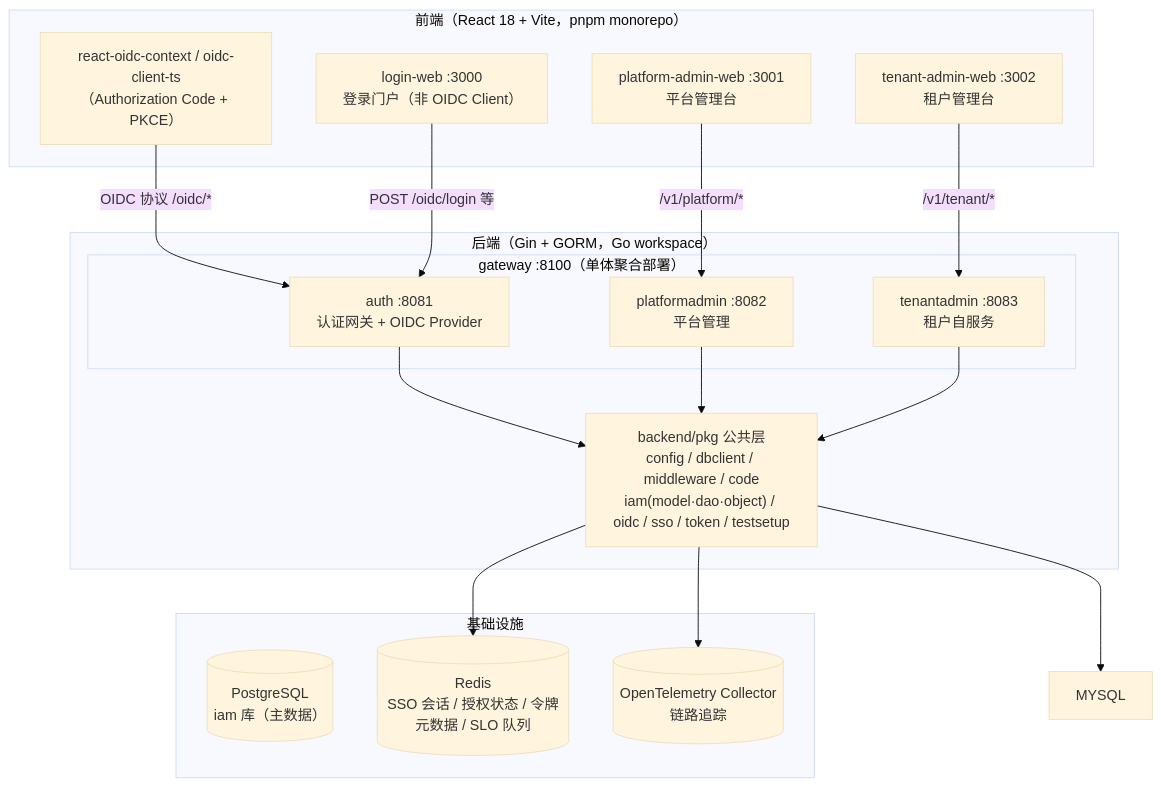
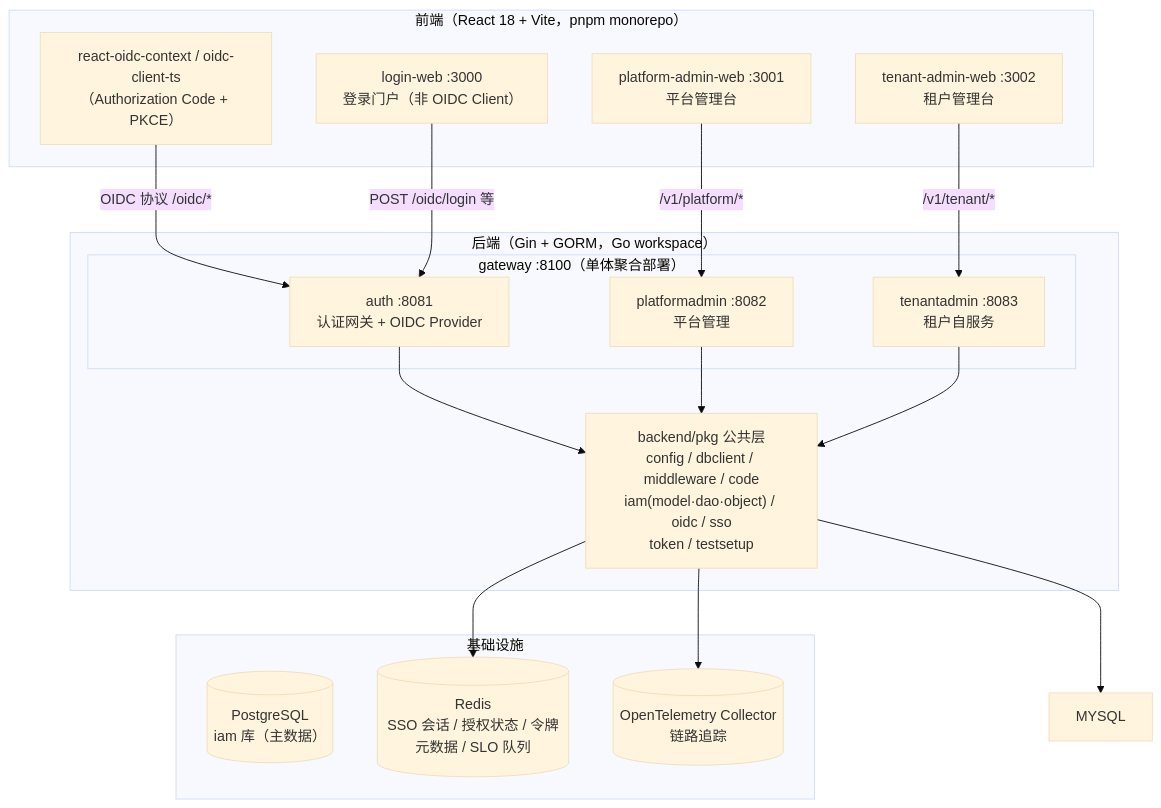
The first of 13 diagrams in docs/design/system-design.md (morehao/ark-iam), drawn with Mermaid (base theme) before and after one commit. The commit also changed other lines of this file and 172 other files, not shown here.

````diff
--- a/docs/design/system-design.md
+++ b/docs/design/system-design.md
@@ -61,35 +61,35 @@
 ```mermaid
 flowchart TB
     subgraph FE["前端（React 18 + Vite，pnpm monorepo）"]
         LW["login-web :3000<br/>登录门户（非 OIDC Client）"]
         PW["platform-admin-web :3001<br/>平台管理台"]
         TW["tenant-admin-web :3002<br/>租户管理台"]
         OIDCSDK["react-oidc-context / oidc-client-ts<br/>（Authorization Code + PKCE）"]
     end
 
     subgraph BE["后端（Gin + GORM，Go workspace）"]
         subgraph GATEWAY["gateway :8100（单体聚合部署）"]
             AUTH["auth :8081<br/>认证网关 + OIDC Provider"]
             PLAT["platformadmin :8082<br/>平台管理"]
             TENANT["tenantadmin :8083<br/>租户自服务"]
         end
-        PKG["backend/pkg 公共层<br/>config / dbclient / middleware / code<br/>iam(model·dao·object) / oidc / sso / token / testsetup"]
+        PKG["backend/pkg 公共层<br/>config / dbclient / middleware / code<br/>iam(model·dao·object) / oidc / sso<br/>token / testsetup"]
     end
 
     subgraph INFRA["基础设施"]
         PG[("PostgreSQL<br/>iam 库（主数据）")]
         REDIS[("Redis<br/>SSO 会话 / 授权状态 / 令牌元数据 / SLO 队列")]
         OTLP[("OpenTelemetry Collector<br/>链路追踪")]
     end
 
     OIDCSDK -->|"OIDC 协议 /oidc/*"| AUTH
     LW -->|"POST /oidc/login 等"| AUTH
     PW -->|"/v1/platform/*"| PLAT
     TW -->|"/v1/tenant/*"| TENANT
     AUTH --> PKG
     PLAT --> PKG
     TENANT --> PKG
     PKG --> MYSQL
     PKG --> REDIS
     PKG --> OTLP
 ```
````
